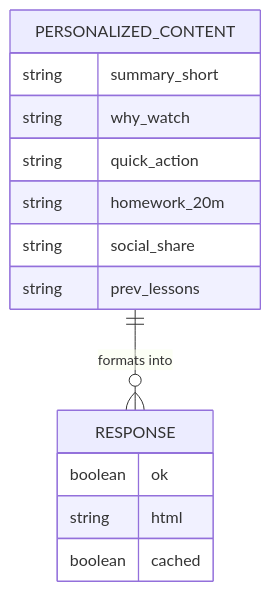
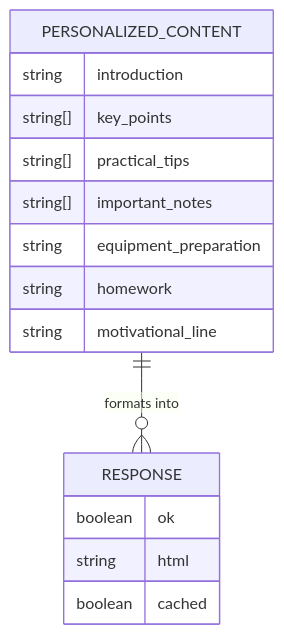
Before and after one commit to lommaks777/pesonalisev2: the second of 5 diagrams in .qoder/repowiki/en/content/API Reference/POST _api_persona_block.md, drawn with Mermaid. The commit also changed other lines of this file and 16 other files, not shown here.

````diff
--- a/.qoder/repowiki/en/content/API Reference/POST _api_persona_block.md
+++ b/.qoder/repowiki/en/content/API Reference/POST _api_persona_block.md
@@ -71,17 +82,18 @@
 ```mermaid
 erDiagram
 PERSONALIZED_CONTENT {
-string summary_short
-string why_watch
-string quick_action
-string homework_20m
-string social_share
-string prev_lessons
+string introduction
+string[] key_points
+string[] practical_tips
+string[] important_notes
+string equipment_preparation
+string homework
+string motivational_line
 }
 RESPONSE {
 boolean ok
 string html
 boolean cached
 }
 PERSONALIZED_CONTENT ||--o{ RESPONSE : "formats into"
 ```
````
